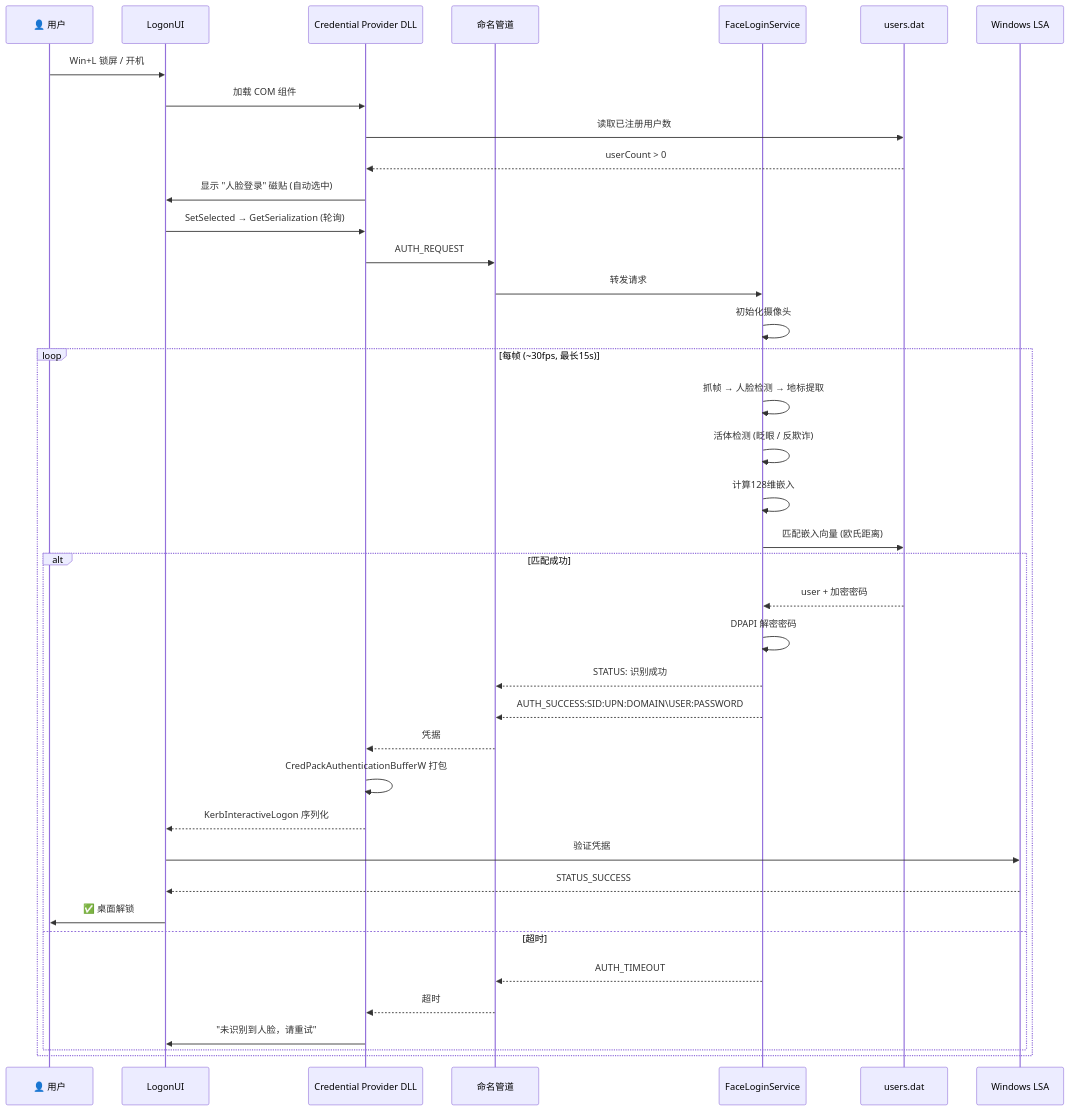
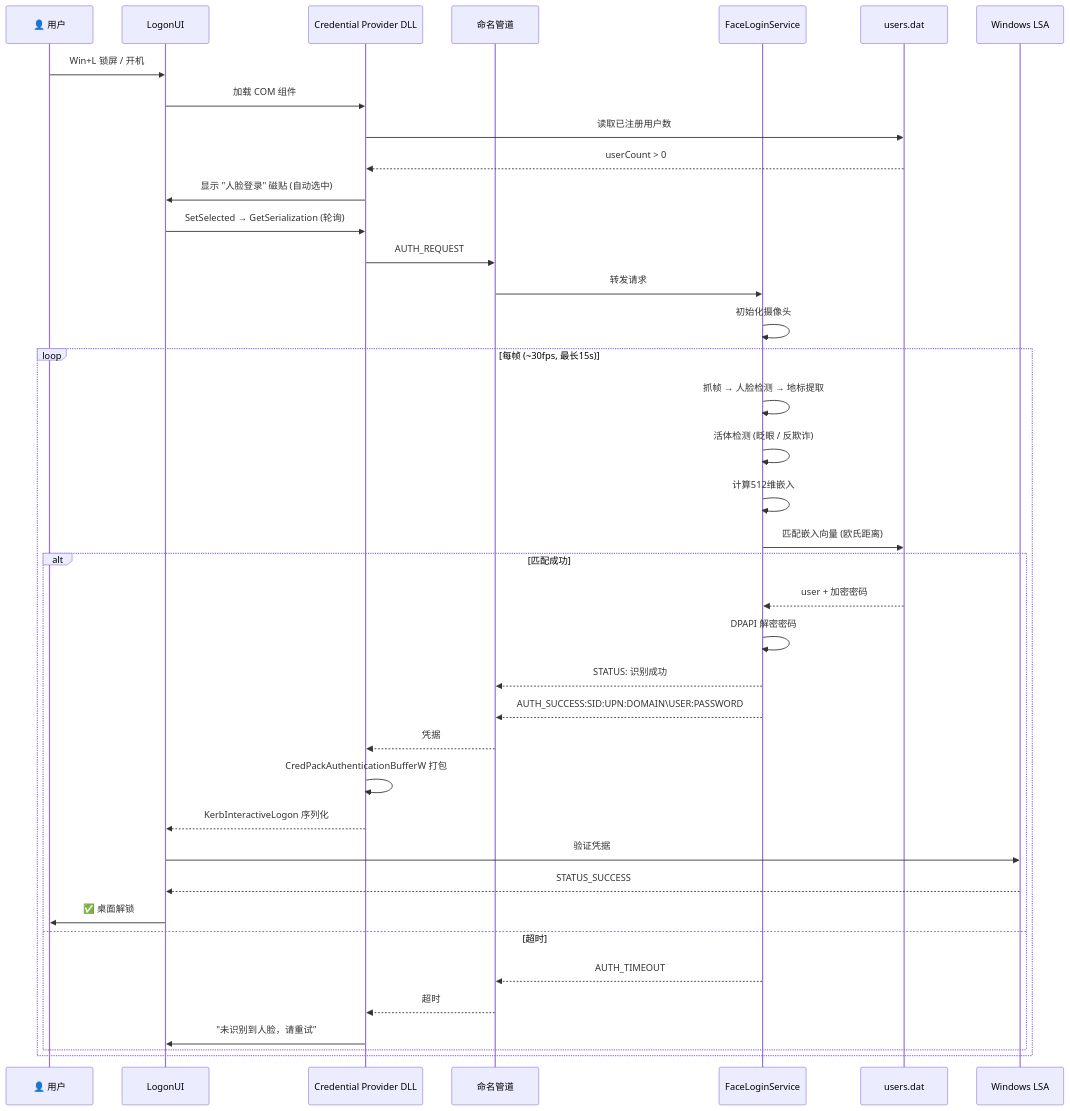
Before and after one commit to EthanZer0/FaceLogin: the second of 3 diagrams in DEVELOPMENT.md, drawn with Mermaid. The commit also changed other lines of this file and 1 other file, not shown here.

````diff
--- a/DEVELOPMENT.md
+++ b/DEVELOPMENT.md
@@ -165,42 +167,42 @@
 ```mermaid
 sequenceDiagram
     participant User as 👤 用户
     participant LogonUI as LogonUI
     participant CP as Credential Provider DLL
     participant Pipe as 命名管道
     participant Svc as FaceLoginService
     participant DB as users.dat
     participant LSA as Windows LSA
 
     User->>LogonUI: Win+L 锁屏 / 开机
     LogonUI->>CP: 加载 COM 组件
     CP->>DB: 读取已注册用户数
     DB-->>CP: userCount > 0
     CP->>LogonUI: 显示 "人脸登录" 磁贴 (自动选中)
     LogonUI->>CP: SetSelected → GetSerialization (轮询)
     CP->>Pipe: AUTH_REQUEST
     Pipe->>Svc: 转发请求
     Svc->>Svc: 初始化摄像头
     loop 每帧 (~30fps, 最长15s)
         Svc->>Svc: 抓帧 → 人脸检测 → 地标提取
         Svc->>Svc: 活体检测 (眨眼 / 反欺诈)
-        Svc->>Svc: 计算128维嵌入
+        Svc->>Svc: 计算512维嵌入
         Svc->>DB: 匹配嵌入向量 (欧氏距离)
         alt 匹配成功
             DB-->>Svc: user + 加密密码
             Svc->>Svc: DPAPI 解密密码
             Svc-->>Pipe: STATUS: 识别成功
             Svc-->>Pipe: AUTH_SUCCESS:SID:UPN:DOMAIN\USER:PASSWORD
             Pipe-->>CP: 凭据
             CP->>CP: CredPackAuthenticationBufferW 打包
             CP-->>LogonUI: KerbInteractiveLogon 序列化
             LogonUI->>LSA: 验证凭据
             LSA-->>LogonUI: STATUS_SUCCESS
             LogonUI->>User: ✅ 桌面解锁
         else 超时
             Svc-->>Pipe: AUTH_TIMEOUT
             Pipe-->>CP: 超时
             CP->>LogonUI: "未识别到人脸，请重试"
         end
     end
 ```
````
